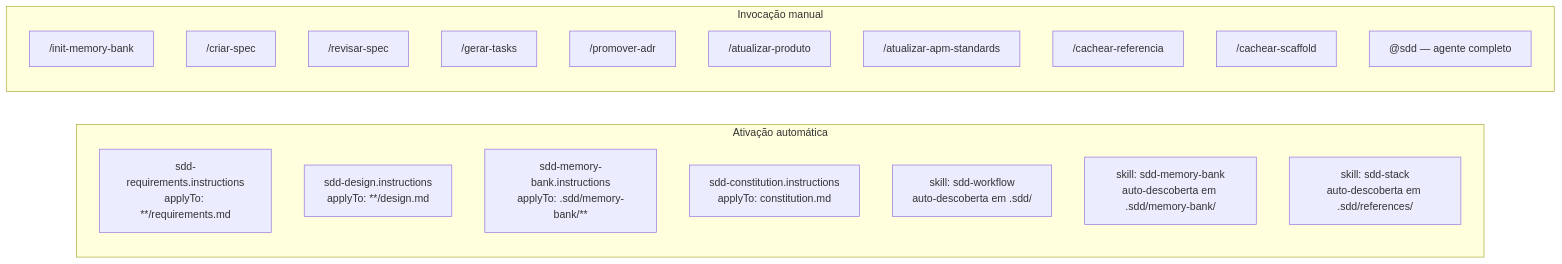
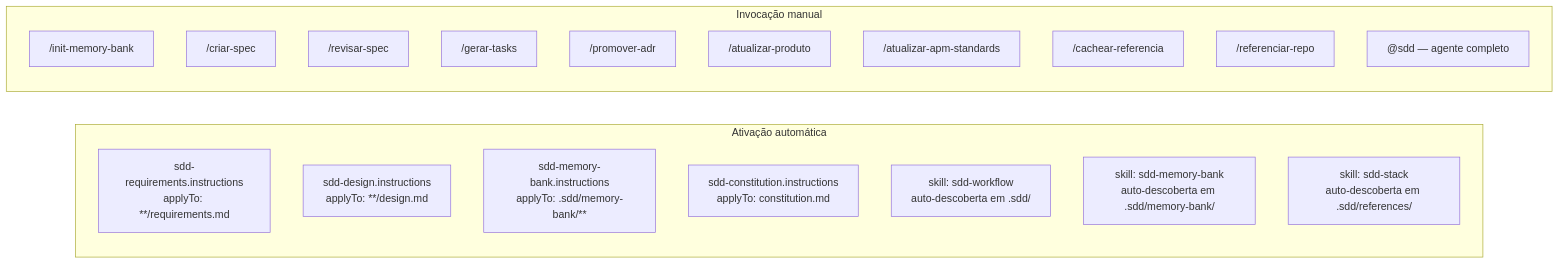
Before and after one commit to heandroro/sdd-framework: the third of 3 diagrams in SDD-FLOW.md, drawn with Mermaid. The commit also changed other lines of this file and 1 other file, not shown here.

Commit message:
refactor(apm): renomear cachear-scaffold para referenciar-repo
O comando usa um repositório como referência de projeto, não como
scaffold a cachear — renomeado para refletir a intenção correta.

- .apm/prompts/cachear-scaffold.prompt.md → referenciar-repo.prompt.md
- atualiza descrição: 'scaffold cacheado' → 'referência de projeto'
- atualiza saída: scaffold-<nome>.md → <nome>.md (consistente com cachear-referencia)
- SDD-FLOW.md: /cachear-scaffold → /referenciar-repo na tabela e no diagrama

````diff
--- a/SDD-FLOW.md
+++ b/SDD-FLOW.md
@@ -161,25 +161,25 @@
 ```mermaid
 flowchart LR
     subgraph AUTO["Ativação automática"]
         I1["sdd-requirements.instructions<br/>applyTo: **/requirements.md"]
         I2["sdd-design.instructions<br/>applyTo: **/design.md"]
         I3["sdd-memory-bank.instructions<br/>applyTo: .sdd/memory-bank/**"]
         I4["sdd-constitution.instructions<br/>applyTo: constitution.md"]
         SK1["skill: sdd-workflow<br/>auto-descoberta em .sdd/"]
         SK2["skill: sdd-memory-bank<br/>auto-descoberta em .sdd/memory-bank/"]
         SK3["skill: sdd-stack<br/>auto-descoberta em .sdd/references/"]
     end
 
     subgraph MANUAL["Invocação manual"]
         P0["/init-memory-bank"]
         P1["/criar-spec"]
         P2["/revisar-spec"]
         P3["/gerar-tasks"]
         P4["/promover-adr"]
         P5["/atualizar-produto"]
         P6["/atualizar-apm-standards"]
         P7["/cachear-referencia"]
-        P8["/cachear-scaffold"]
+        P8["/referenciar-repo"]
         AG["@sdd — agente completo"]
     end
 ```
````
